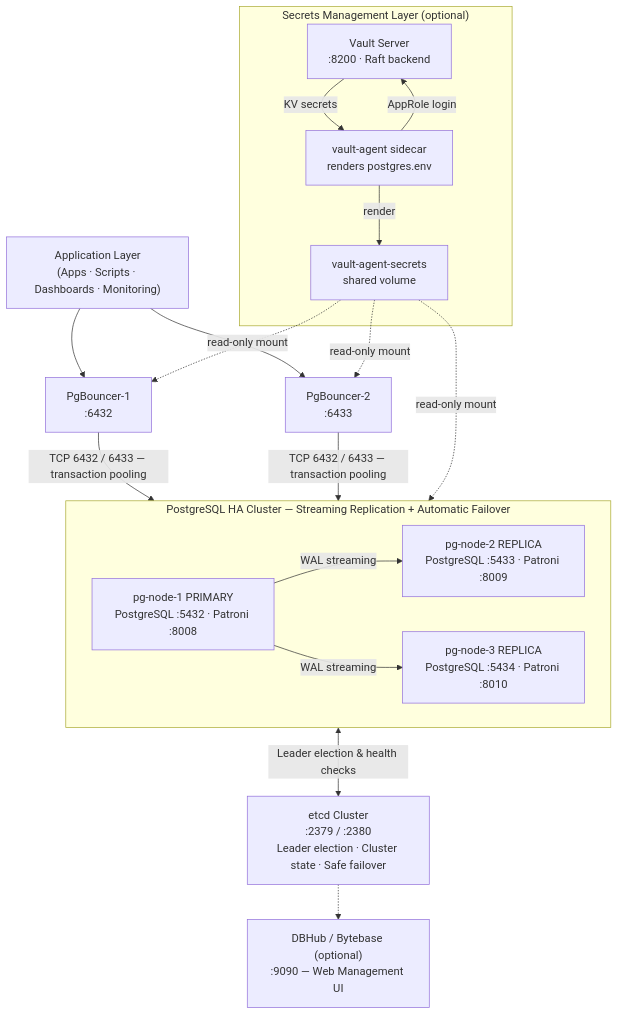
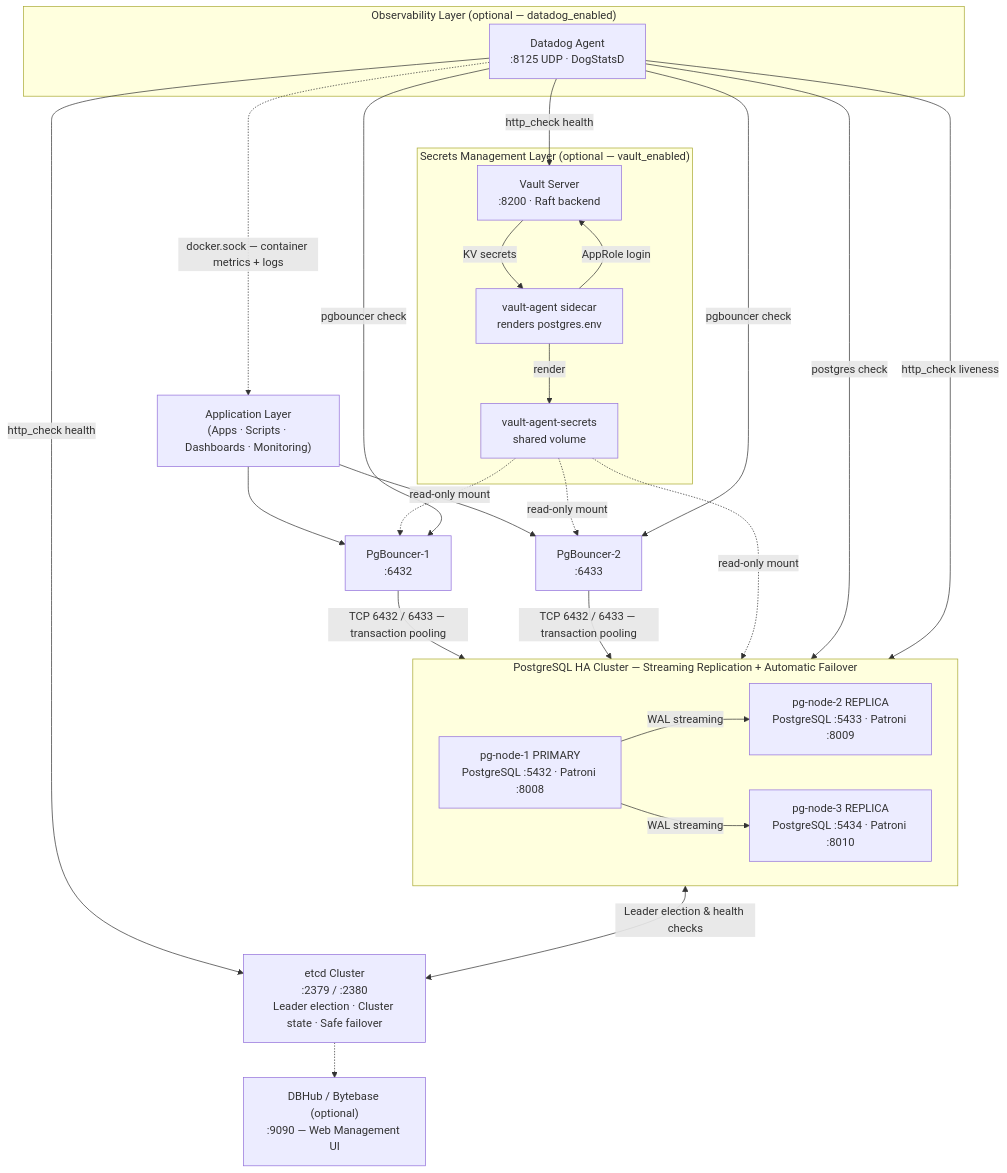
Before and after one commit to venkatajangala/terraform-docker-container-postgres: the first of 17 diagrams in docs/architecture/ARCHITECTURE.md, drawn with Mermaid. The commit also changed other lines of this file and 6 other files, not shown here.

First line of the commit message:
docs: add Datadog observability coverage across all documentation

````diff
--- a/docs/architecture/ARCHITECTURE.md
+++ b/docs/architecture/ARCHITECTURE.md
@@ -7,32 +7,41 @@
 ```mermaid
 graph TD
     APP["Application Layer<br/>(Apps · Scripts · Dashboards · Monitoring)"]
     PGB1["PgBouncer-1<br/>:6432"]
     PGB2["PgBouncer-2<br/>:6433"]
 
     subgraph PGHA["PostgreSQL HA Cluster — Streaming Replication + Automatic Failover"]
         PG1["pg-node-1 PRIMARY<br/>PostgreSQL :5432 · Patroni :8008"]
         PG2["pg-node-2 REPLICA<br/>PostgreSQL :5433 · Patroni :8009"]
         PG3["pg-node-3 REPLICA<br/>PostgreSQL :5434 · Patroni :8010"]
     end
 
     ETCD["etcd Cluster<br/>:2379 / :2380<br/>Leader election · Cluster state · Safe failover"]
     DBHUB["DBHub / Bytebase (optional)<br/>:9090 — Web Management UI"]
 
-    subgraph SECRETS["Secrets Management Layer (optional)"]
+    subgraph SECRETS["Secrets Management Layer (optional — vault_enabled)"]
         VAULT["Vault Server<br/>:8200 · Raft backend"]
         AGENT["vault-agent sidecar<br/>renders postgres.env"]
         SVOL["vault-agent-secrets<br/>shared volume"]
+    end
+
+    subgraph OBS["Observability Layer (optional — datadog_enabled)"]
+        DD["Datadog Agent<br/>:8125 UDP · DogStatsD"]
     end
 
     APP --> PGB1 & PGB2
     PGB1 & PGB2 -->|"TCP 6432 / 6433 — transaction pooling"| PGHA
     PG1 -->|"WAL streaming"| PG2 & PG3
     PGHA <-->|"Leader election & health checks"| ETCD
     ETCD -.-> DBHUB
     AGENT -->|"AppRole login"| VAULT
     VAULT -->|"KV secrets"| AGENT
     AGENT -->|"render"| SVOL
     SVOL -. "read-only mount" .-> PGHA
     SVOL -. "read-only mount" .-> PGB1 & PGB2
+    DD -->|"postgres check"| PGHA
+    DD -->|"pgbouncer check"| PGB1 & PGB2
+    DD -->|"http_check liveness"| PGHA
+    DD -->|"http_check health"| ETCD & VAULT
+    DD -. "docker.sock — container metrics + logs" .-> APP
 ```
````
